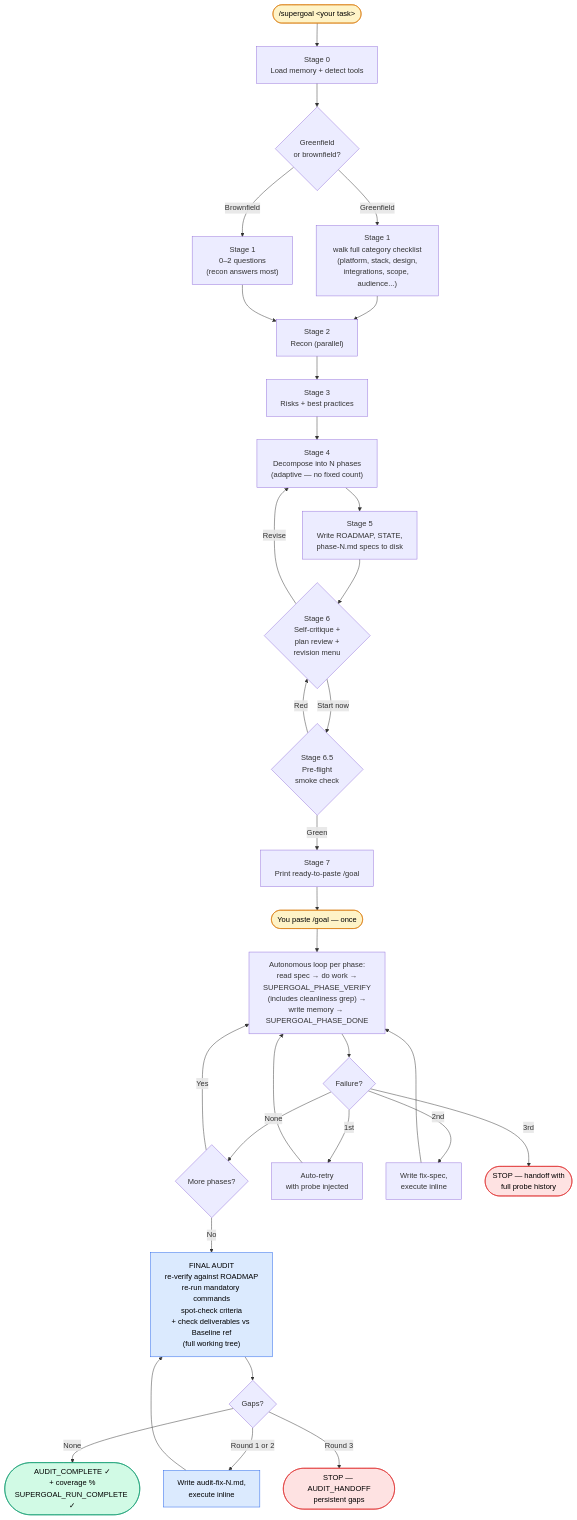
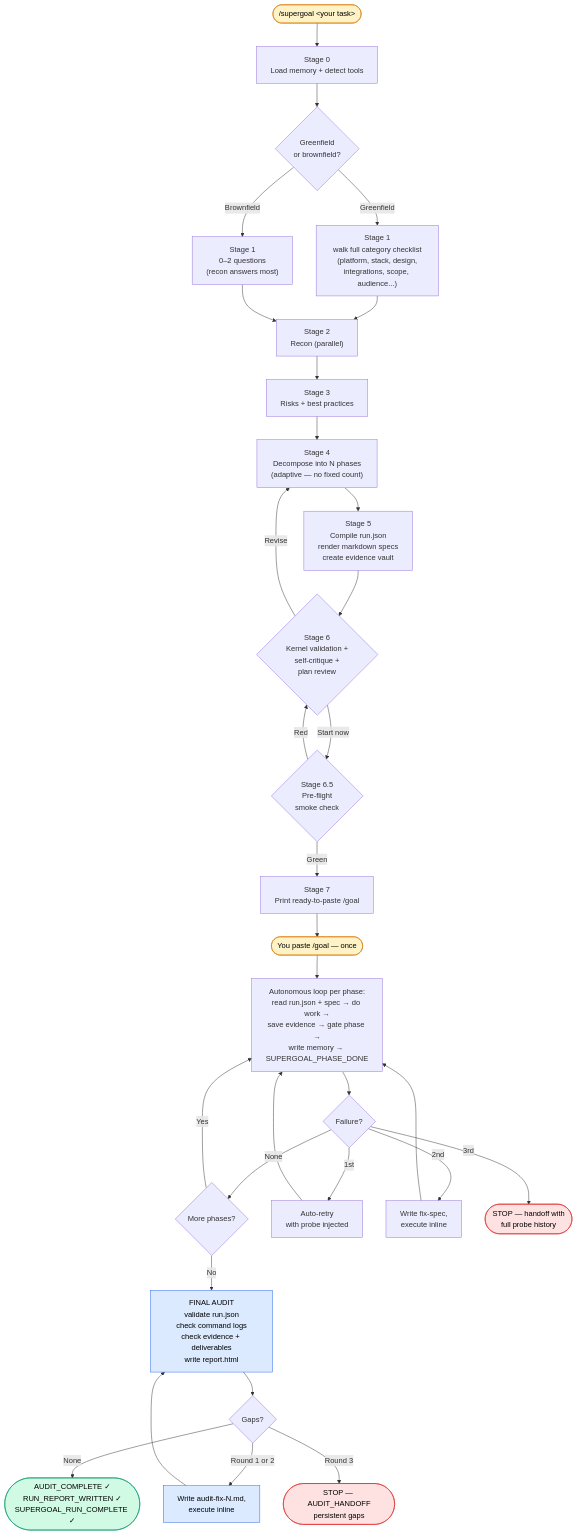
Before and after one commit to robzilla1738/supergoal: the first of 2 diagrams in README.md, drawn with Mermaid. The commit also changed other lines of this file and 47 other files, not shown here.

Commit message:
Ship Supergoal v1 run kernel and Pages site

````diff
--- a/README.md
+++ b/README.md
@@ -11,42 +11,42 @@
 ```mermaid
 flowchart TD
     Start(["/supergoal &lt;your task&gt;"]) --> S0["Stage 0<br/>Load memory + detect tools"]
     S0 --> S1{Greenfield<br/>or brownfield?}
     S1 -->|Greenfield| Q1["Stage 1<br/>walk full category checklist<br/>(platform, stack, design,<br/>integrations, scope, audience...)"]
     S1 -->|Brownfield| Q2["Stage 1<br/>0–2 questions<br/>(recon answers most)"]
     Q1 --> S2["Stage 2<br/>Recon (parallel)"]
     Q2 --> S2
     S2 --> S3["Stage 3<br/>Risks + best practices"]
     S3 --> S4["Stage 4<br/>Decompose into N phases<br/>(adaptive — no fixed count)"]
-    S4 --> S5["Stage 5<br/>Write ROADMAP, STATE,<br/>phase-N.md specs to disk"]
-    S5 --> S6{"Stage 6<br/>Self-critique +<br/>plan review +<br/>revision menu"}
+    S4 --> S5["Stage 5<br/>Compile run.json<br/>render markdown specs<br/>create evidence vault"]
+    S5 --> S6{"Stage 6<br/>Kernel validation +<br/>self-critique +<br/>plan review"}
     S6 -->|Revise| S4
     S6 -->|Start now| S65{"Stage 6.5<br/>Pre-flight<br/>smoke check"}
     S65 -->|Green| S7["Stage 7<br/>Print ready-to-paste /goal"]
     S65 -->|Red| S6
     S7 --> PASTE(["You paste /goal — once"])
-    PASTE --> LOOP["Autonomous loop per phase:<br/>read spec → do work →<br/>SUPERGOAL_PHASE_VERIFY<br/>(includes cleanliness grep) →<br/>write memory → SUPERGOAL_PHASE_DONE"]
+    PASTE --> LOOP["Autonomous loop per phase:<br/>read run.json + spec → do work →<br/>save evidence → gate phase →<br/>write memory → SUPERGOAL_PHASE_DONE"]
     LOOP --> CHECK{Failure?}
     CHECK -->|None| NEXT{More phases?}
     NEXT -->|Yes| LOOP
-    NEXT -->|No| AUDIT["FINAL AUDIT<br/>re-verify against ROADMAP<br/>re-run mandatory commands<br/>spot-check criteria<br/>+ check deliverables vs Baseline ref<br/>(full working tree)"]
+    NEXT -->|No| AUDIT["FINAL AUDIT<br/>validate run.json<br/>check command logs<br/>check evidence + deliverables<br/>write report.html"]
     CHECK -->|1st| R1["Auto-retry<br/>with probe injected"]
     R1 --> LOOP
     CHECK -->|2nd| R2["Write fix-spec,<br/>execute inline"]
     R2 --> LOOP
     CHECK -->|3rd| HANDOFF(["STOP — handoff with<br/>full probe history"])
     AUDIT --> AGAPS{Gaps?}
-    AGAPS -->|None| DONE(["AUDIT_COMPLETE ✓<br/>+ coverage %<br/>SUPERGOAL_RUN_COMPLETE ✓"])
+    AGAPS -->|None| DONE(["AUDIT_COMPLETE ✓<br/>RUN_REPORT_WRITTEN ✓<br/>SUPERGOAL_RUN_COMPLETE ✓"])
     AGAPS -->|Round 1 or 2| AFIX["Write audit-fix-N.md,<br/>execute inline"]
     AFIX --> AUDIT
     AGAPS -->|Round 3| AHO(["STOP — AUDIT_HANDOFF<br/>persistent gaps"])
 
     classDef human fill:#fef3c7,stroke:#d97706,color:#000
     classDef done fill:#d1fae5,stroke:#059669,color:#000
     classDef stop fill:#fee2e2,stroke:#dc2626,color:#000
     classDef audit fill:#dbeafe,stroke:#2563eb,color:#000
     class Start,PASTE human
     class DONE done
     class HANDOFF,AHO stop
     class AUDIT,AFIX audit
 ```
````
